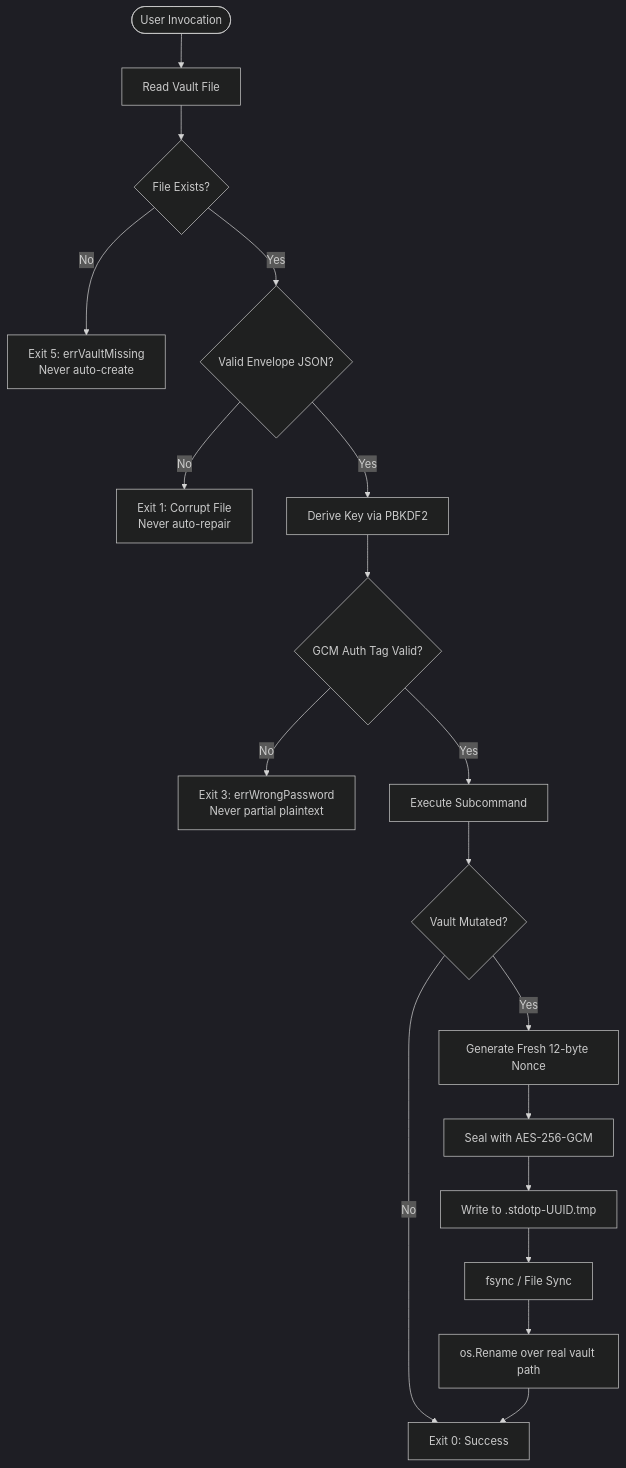
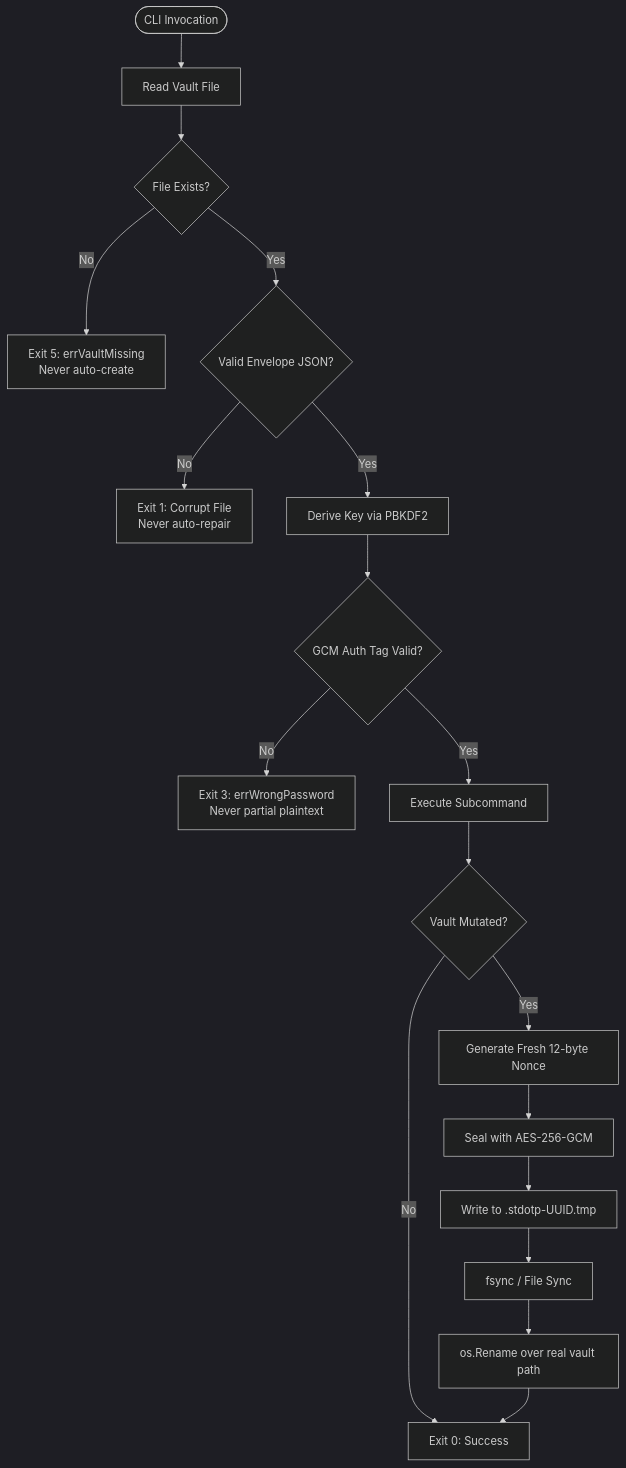
The fourth of 4 diagrams in README.md (moin08s/stdotp), drawn with Mermaid (dark theme) before and after one commit. The commit also changed other lines of this file, not shown here.

Commit message:
docs: make README 100% self-contained with offline judge verification guide, ASCII & Mermaid diagrams, full substitution table, and verbatim test proofs

````diff
--- a/README.md
+++ b/README.md
@@ -166,21 +229,21 @@
 ```mermaid
 flowchart TD
-    Start([User Invocation]) --> ReadVault[Read Vault File]
+    Start([CLI Invocation]) --> ReadVault[Read Vault File]
     ReadVault --> CheckExist{File Exists?}
     CheckExist -- No --> Exit5[Exit 5: errVaultMissing<br/>Never auto-create]
     CheckExist -- Yes --> CheckJSON{Valid Envelope JSON?}
     CheckJSON -- No --> Exit1[Exit 1: Corrupt File<br/>Never auto-repair]
     CheckJSON -- Yes --> DeriveKey[Derive Key via PBKDF2]
     DeriveKey --> OpenGCM{GCM Auth Tag Valid?}
     OpenGCM -- No --> Exit3[Exit 3: errWrongPassword<br/>Never partial plaintext]
     OpenGCM -- Yes --> RunCommand[Execute Subcommand]
 
     RunCommand --> Mutating{Vault Mutated?}
     Mutating -- No --> Exit0[Exit 0: Success]
     Mutating -- Yes --> GenNonce[Generate Fresh 12-byte Nonce]
     GenNonce --> EncryptGCM[Seal with AES-256-GCM]
     EncryptGCM --> WriteTmp[Write to .stdotp-UUID.tmp]
     WriteTmp --> Fsync[fsync / File Sync]
     Fsync --> Rename[os.Rename over real vault path]
     Rename --> Exit0
 ```
````
